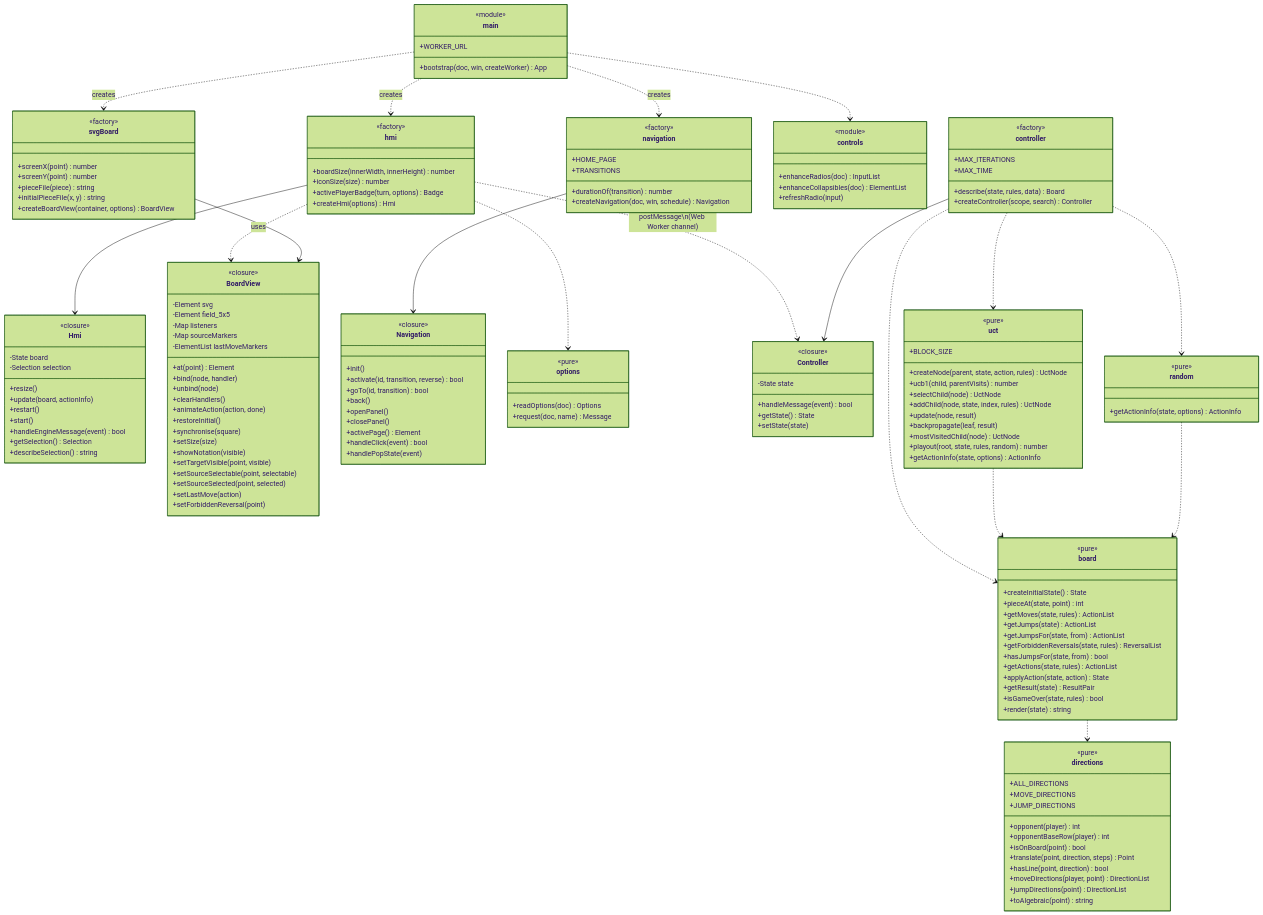
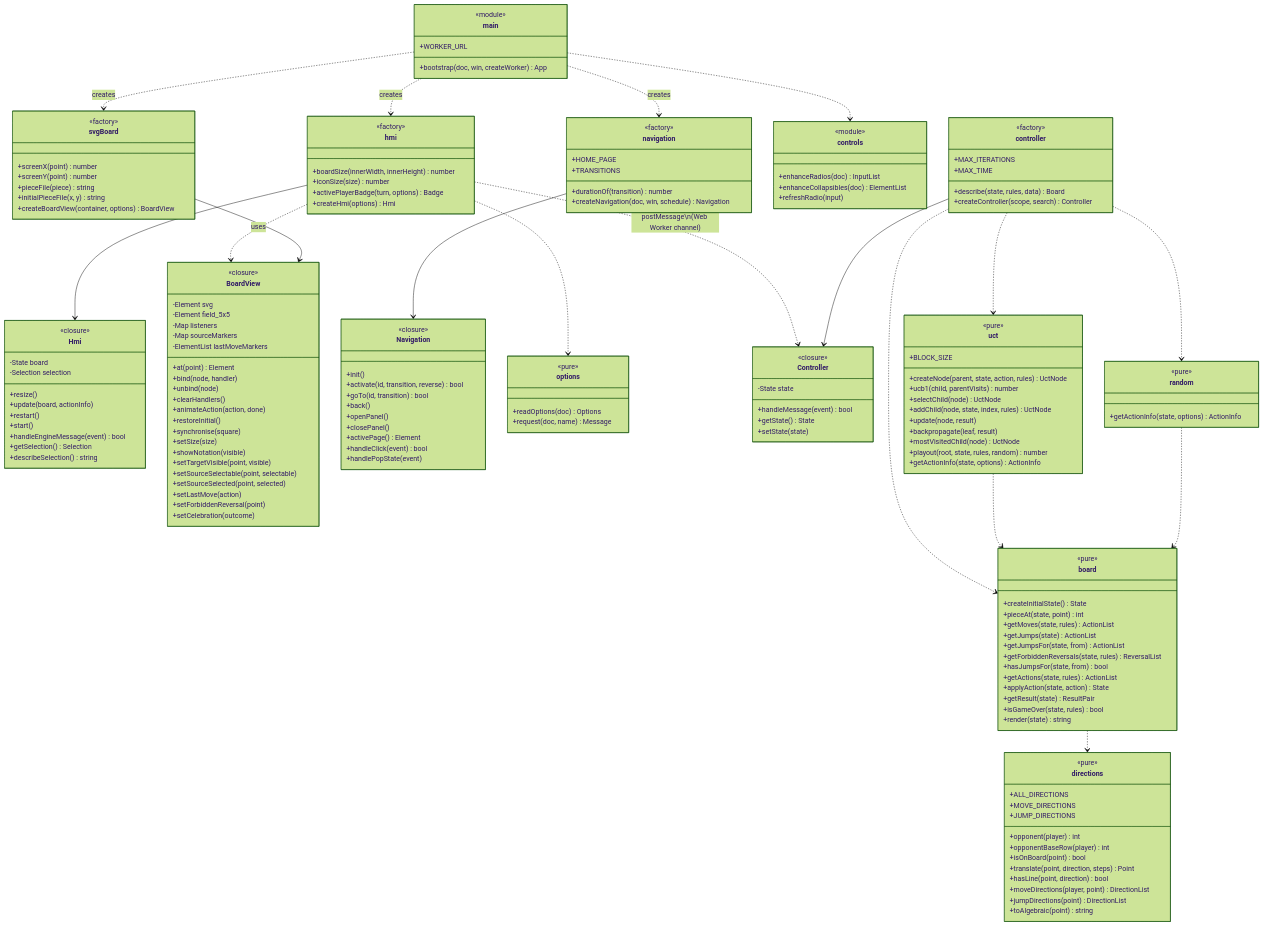
The fourth of 20 diagrams in doc/software_architecture.md (OMerkel/Alquerque), drawn with Mermaid (forest theme) before and after one commit. The commit also changed other lines of this file and 10 other files, not shown here.

```diff
--- a/doc/software_architecture.md
+++ b/doc/software_architecture.md
@@ -238,6 +238,7 @@
     +setSourceSelected(point, selected)
     +setLastMove(action)
     +setForbiddenReversal(point)
+    +setCelebration(outcome)
   }
 
   class navigation {
```
